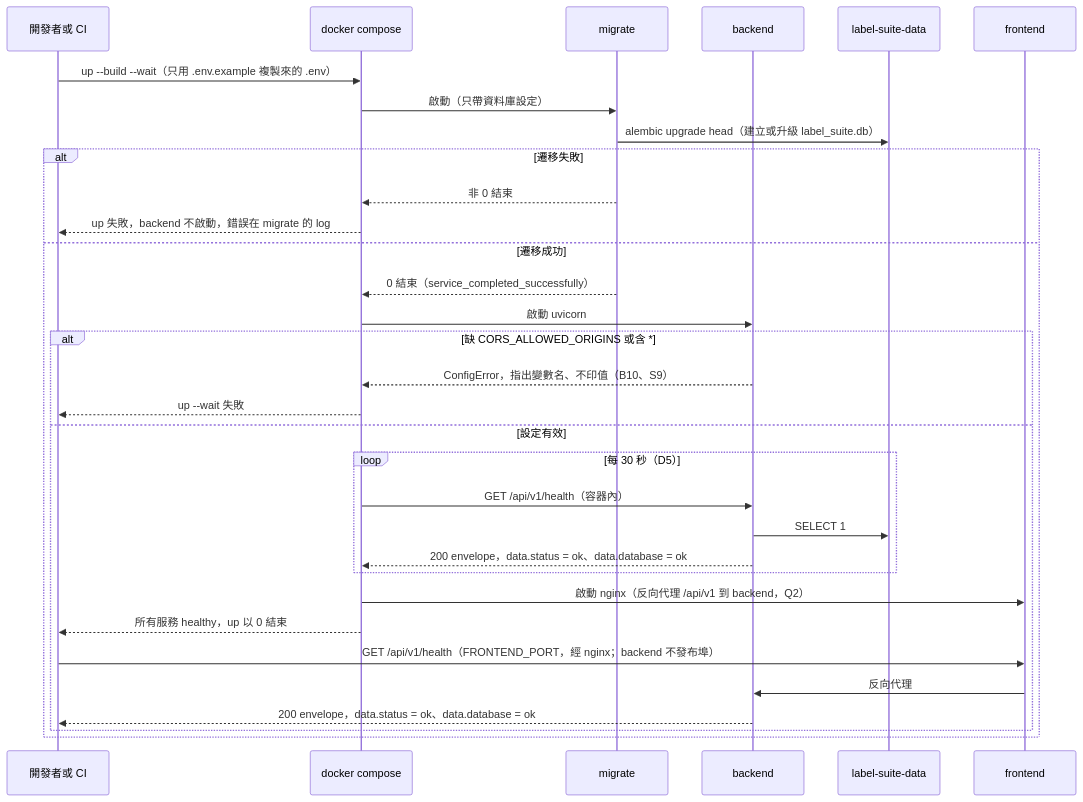
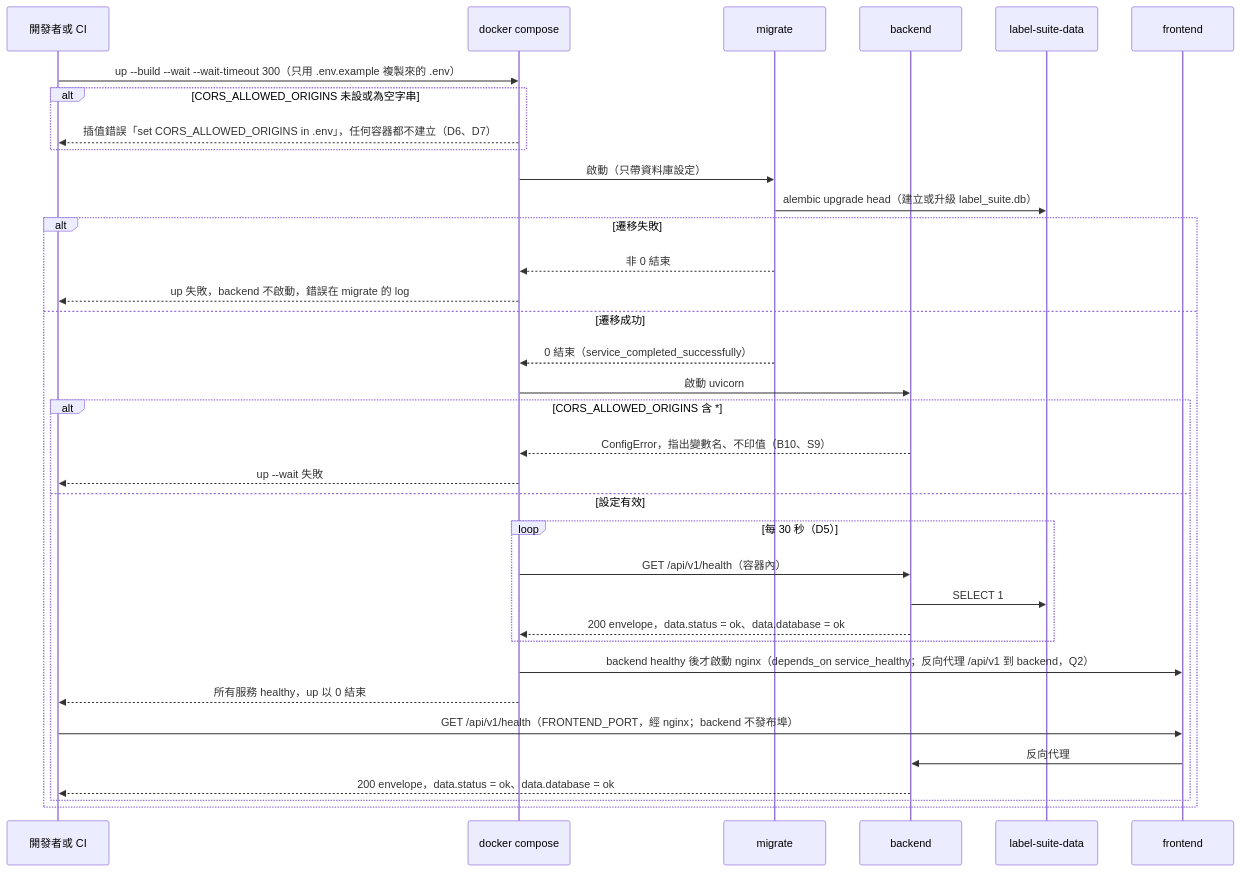
Before and after one commit to label-suite/label-suite: the third of 13 diagrams in openspec/changes/infra-compose-e2e-ci/system-design.md, drawn with Mermaid. The commit also changed other lines of this file, not shown here.

First line of the commit message:
docs: close coverage and compose gaps found in planning review (#506)

````diff
--- a/openspec/changes/infra-compose-e2e-ci/system-design.md
+++ b/openspec/changes/infra-compose-e2e-ci/system-design.md
@@ -308,34 +334,37 @@
 ```mermaid
 sequenceDiagram
   participant Dev as 開發者或 CI
   participant Compose as docker compose
   participant MG as migrate
   participant BE as backend
   participant Vol as label-suite-data
   participant FE as frontend
-  Dev->>Compose: up --build --wait（只用 .env.example 複製來的 .env）
+  Dev->>Compose: up --build --wait --wait-timeout 300（只用 .env.example 複製來的 .env）
+  alt CORS_ALLOWED_ORIGINS 未設或為空字串
+    Compose-->>Dev: 插值錯誤「set CORS_ALLOWED_ORIGINS in .env」，任何容器都不建立（D6、D7）
+  end
   Compose->>MG: 啟動（只帶資料庫設定）
   MG->>Vol: alembic upgrade head（建立或升級 label_suite.db）
   alt 遷移失敗
     MG-->>Compose: 非 0 結束
     Compose-->>Dev: up 失敗，backend 不啟動，錯誤在 migrate 的 log
   else 遷移成功
     MG-->>Compose: 0 結束（service_completed_successfully）
     Compose->>BE: 啟動 uvicorn
-    alt 缺 CORS_ALLOWED_ORIGINS 或含 *
+    alt CORS_ALLOWED_ORIGINS 含 *
       BE-->>Compose: ConfigError，指出變數名、不印值（B10、S9）
       Compose-->>Dev: up --wait 失敗
     else 設定有效
       loop 每 30 秒（D5）
         Compose->>BE: GET /api/v1/health（容器內）
         BE->>Vol: SELECT 1
         BE-->>Compose: 200 envelope，data.status = ok、data.database = ok
       end
-      Compose->>FE: 啟動 nginx（反向代理 /api/v1 到 backend，Q2）
+      Compose->>FE: backend healthy 後才啟動 nginx（depends_on service_healthy；反向代理 /api/v1 到 backend，Q2）
       Compose-->>Dev: 所有服務 healthy，up 以 0 結束
       Dev->>FE: GET /api/v1/health（FRONTEND_PORT，經 nginx；backend 不發布埠）
       FE->>BE: 反向代理
       BE-->>Dev: 200 envelope，data.status = ok、data.database = ok
     end
   end
 ```
````
